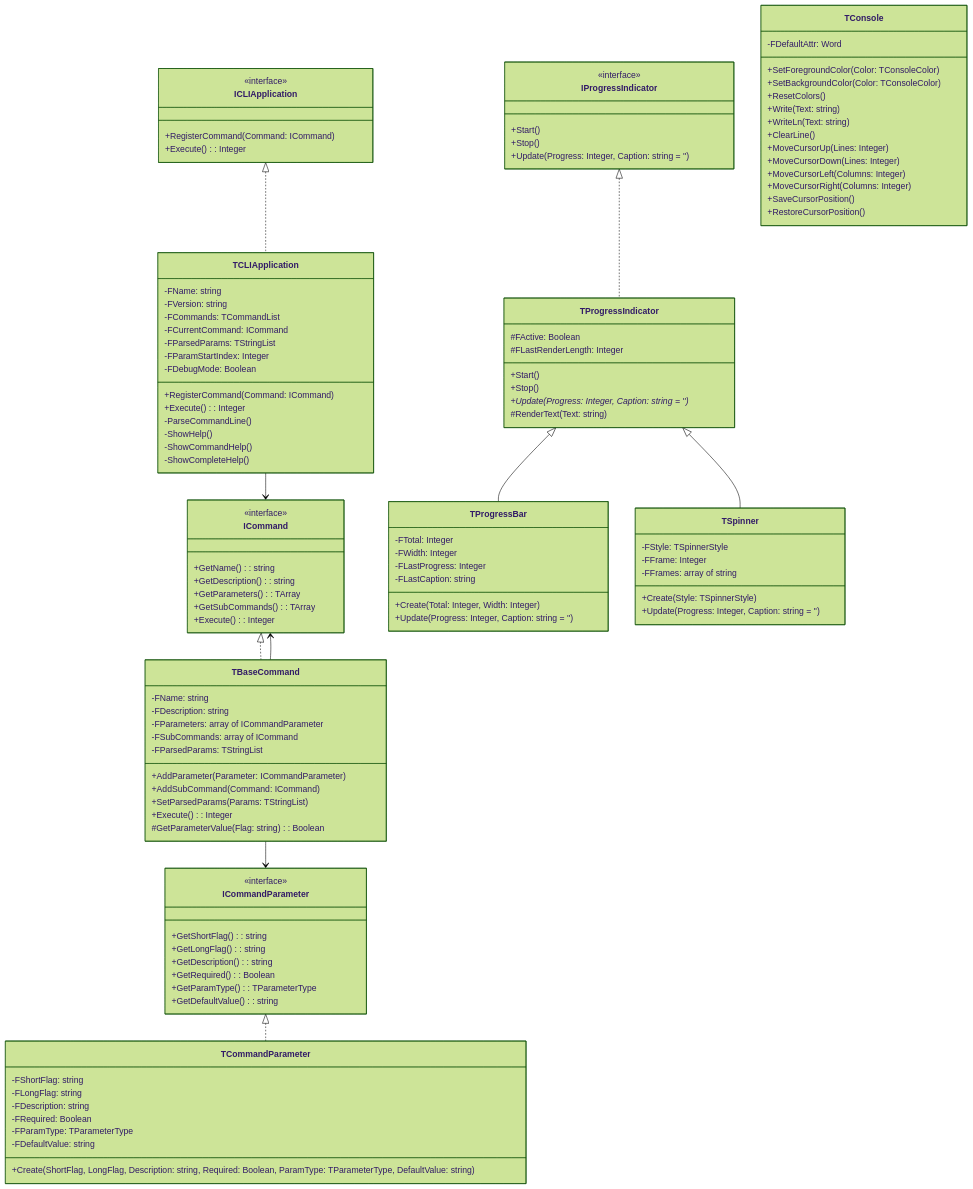
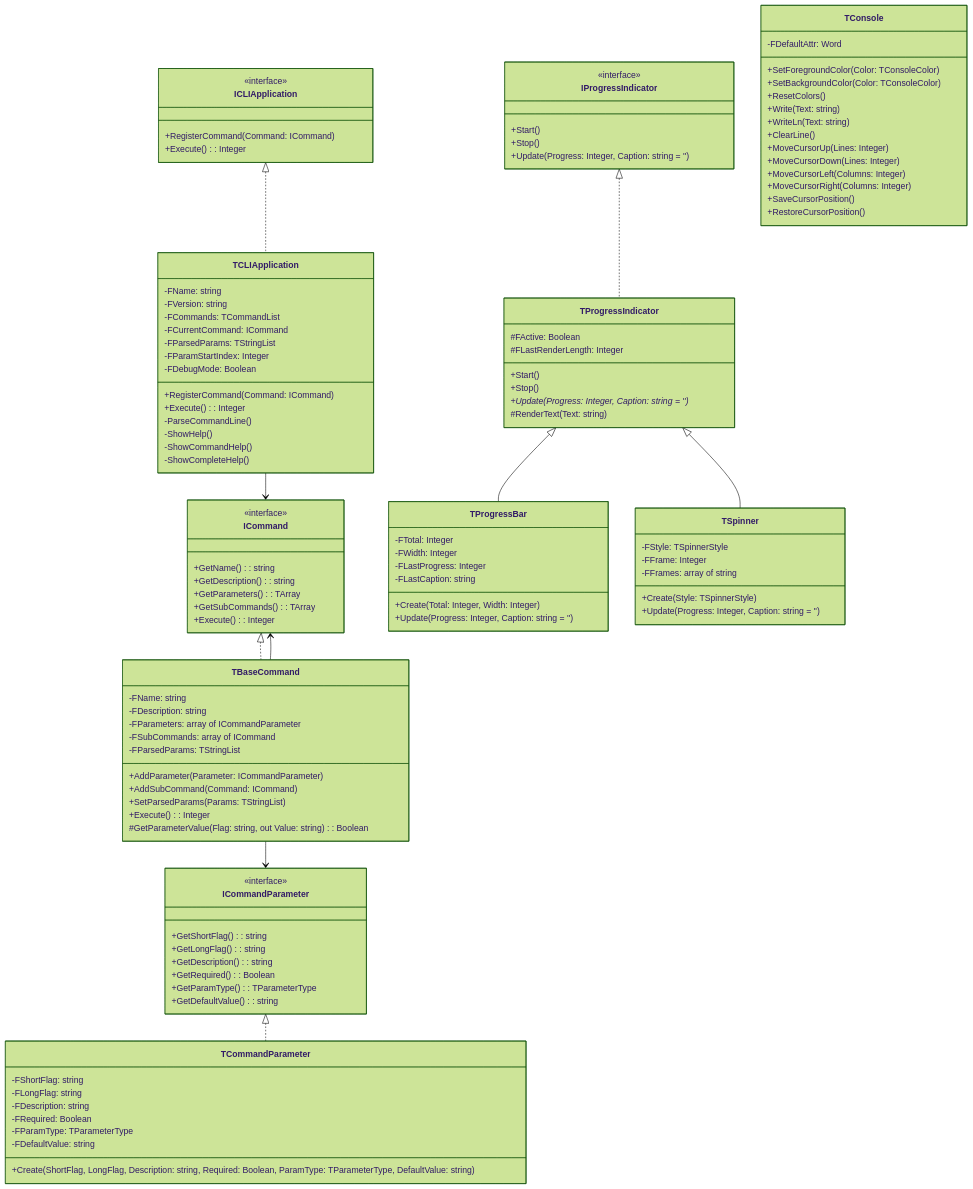
One commit to ikelaiah/cli-fp changed the diagram in docs/technical-docs.md. Above: the diagram before and after it, drawn with Mermaid (forest theme).

Commit message:
repo(doc): update docs

```diff
--- a/docs/technical-docs.md
+++ b/docs/technical-docs.md
@@ -64,7 +64,7 @@
         +AddSubCommand(Command: ICommand)
         +SetParsedParams(Params: TStringList)
         +Execute(): Integer
-        #GetParameterValue(Flag: string): Boolean
+        #GetParameterValue(Flag: string, out Value: string): Boolean
     }
     
     class TCommandParameter {
```
